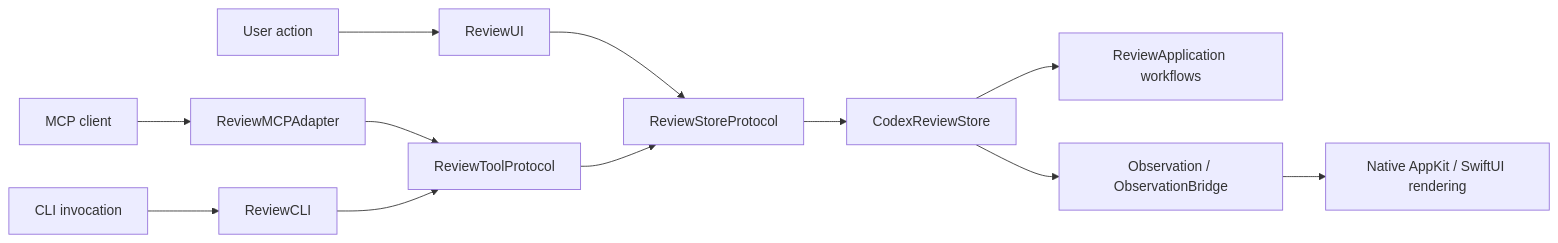
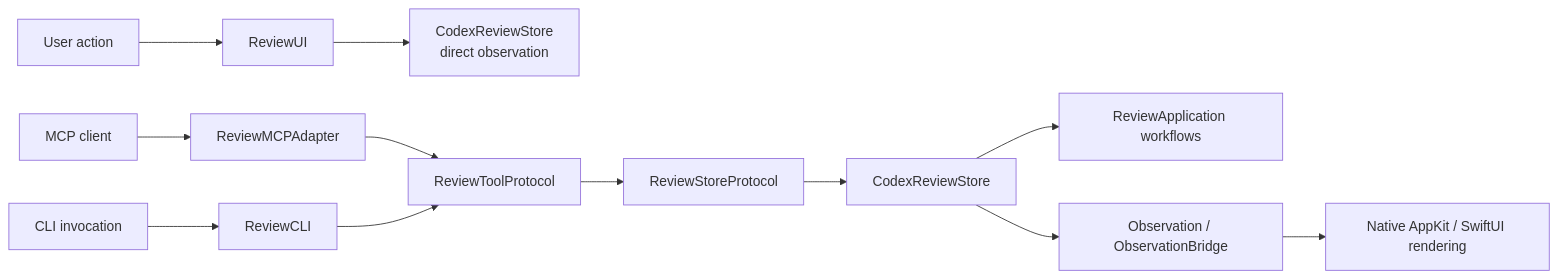
Before and after one commit to lynnswap/CodexReviewMCP: the second of 8 diagrams in Docs/architecture-overview.md, drawn with Mermaid. The commit also changed other lines of this file and 8 other files, not shown here.

Commit message:
refactor(ports): add review store and tool protocols

````diff
--- a/Docs/architecture-overview.md
+++ b/Docs/architecture-overview.md
@@ -117,15 +119,15 @@
 ```mermaid
 flowchart LR
     User["User action"] --> UI["ReviewUI"]
     MCPClient["MCP client"] --> MCP["ReviewMCPAdapter"]
     CLIUser["CLI invocation"] --> CLI["ReviewCLI"]
 
-    UI --> StoreProtocol["ReviewStoreProtocol"]
+    UI --> StoreAPI["CodexReviewStore<br/>direct observation"]
     MCP --> ToolProtocol["ReviewToolProtocol"]
     CLI --> ToolProtocol
-    ToolProtocol --> StoreProtocol
+    ToolProtocol --> StoreProtocol["ReviewStoreProtocol"]
     StoreProtocol --> Store["CodexReviewStore"]
     Store --> Workflows["ReviewApplication workflows"]
     Store --> Observation["Observation / ObservationBridge"]
     Observation --> NativeUI["Native AppKit / SwiftUI rendering"]
 ```
````
